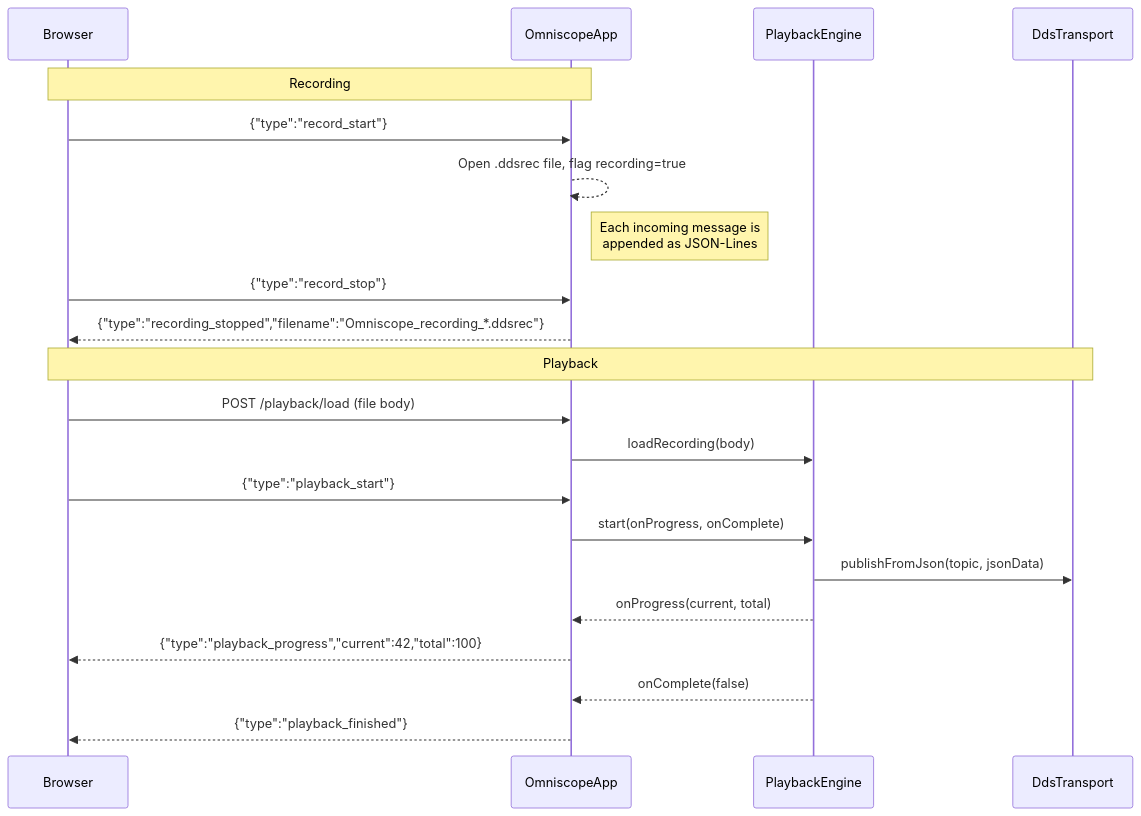
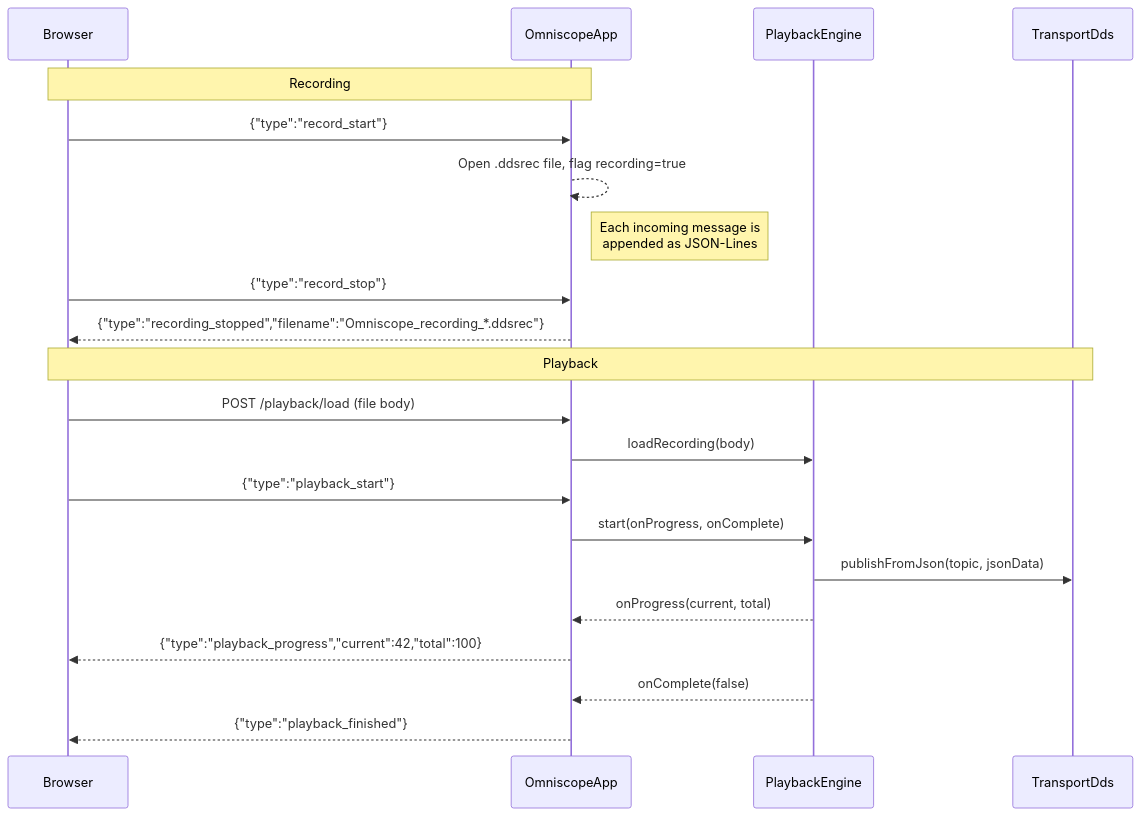
The fourth of 5 diagrams in src/apps/Omniscope/DESIGN.md (sfestenstein/StarterCpp), drawn with Mermaid before and after one commit. The commit also changed other lines of this file and 19 other files, not shown here.

````diff
--- a/src/apps/Omniscope/DESIGN.md
+++ b/src/apps/Omniscope/DESIGN.md
@@ -116,26 +116,26 @@
 ```mermaid
 sequenceDiagram
     participant B as Browser
     participant App as OmniscopeApp
     participant PE as PlaybackEngine
-    participant DT as DdsTransport
+    participant DT as TransportDds
 
     Note over B,App: Recording
     B->>App: {"type":"record_start"}
     App-->>App: Open .ddsrec file, flag recording=true
     Note right of App: Each incoming message is<br/>appended as JSON-Lines
 
     B->>App: {"type":"record_stop"}
     App-->>B: {"type":"recording_stopped","filename":"Omniscope_recording_*.ddsrec"}
 
     Note over B,DT: Playback
     B->>App: POST /playback/load (file body)
     App->>PE: loadRecording(body)
     B->>App: {"type":"playback_start"}
     App->>PE: start(onProgress, onComplete)
     PE->>DT: publishFromJson(topic, jsonData)
     PE-->>App: onProgress(current, total)
     App-->>B: {"type":"playback_progress","current":42,"total":100}
     PE-->>App: onComplete(false)
     App-->>B: {"type":"playback_finished"}
 ```
````
